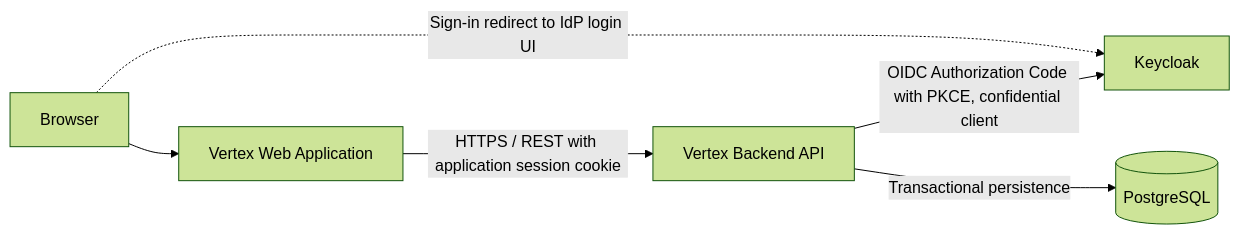
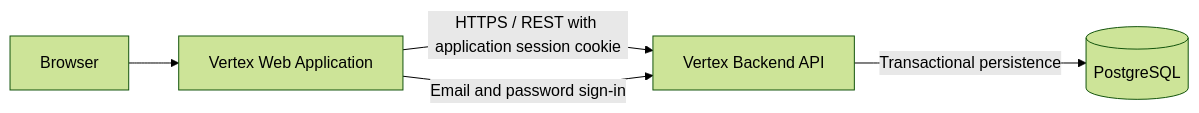
One commit to HussienALfajer/vertex-media-os changed the second of 6 diagrams in docs/ARCHITECTURE.md. Above: the diagram before and after it, drawn with Mermaid (forest theme). The commit also changed other lines of this file and 122 other files, not shown here.

First line of the commit message:
Replace Keycloak with local email and password authentication (#23)

````diff
--- a/docs/ARCHITECTURE.md
+++ b/docs/ARCHITECTURE.md
@@ -332,14 +327,12 @@
 ```mermaid
 flowchart LR
     Browser["Browser"]
     Web["Vertex Web Application"]
     API["Vertex Backend API"]
     DB[("PostgreSQL")]
-    IdP["Keycloak"]
 
     Browser --> Web
     Web -->|HTTPS / REST with application session cookie| API
-    Browser -.->|Sign-in redirect to IdP login UI| IdP
-    API -->|OIDC Authorization Code with PKCE, confidential client| IdP
+    Web -->|Email and password sign-in| API
     API -->|Transactional persistence| DB
 ```
````
